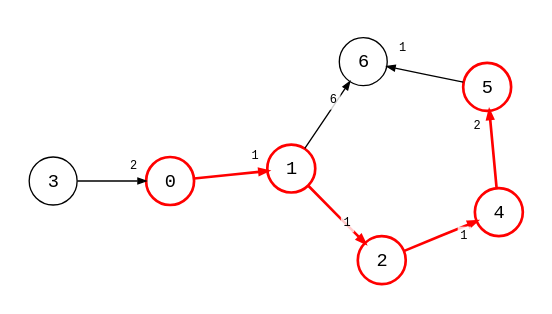
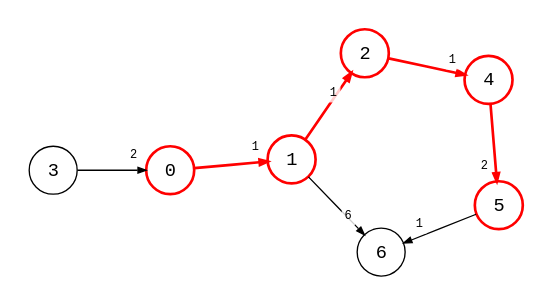
One commit to bsdrks/graaf-images changed the diagram in src/dijkstra_pred_shortest_path_1-0.94.1.dot. Above: the diagram before and after it, drawn with Graphviz. The commit also changed 39 other files, not shown here.

```diff
--- a/src/dijkstra_pred_shortest_path_1-0.94.1.dot
+++ b/src/dijkstra_pred_shortest_path_1-0.94.1.dot
@@ -1,175 +1,174 @@
 digraph {
     node [shape=circle, fontname=monospace, fixedsize=true, width=0.5];
     edge [arrowsize=0.6, fontname=monospace, fontsize=9];
     color=black;
     fontcolor=black;
     bgcolor=white;
     layout=neato;
     scale=1.2;
     mode=sgd;
     normalize=true;
     maxiter=100000;
     pad=0.2;
 
-    3 [color="#bbb", fontcolor="#bbb"];
+    3, 6 [color="#bbb", fontcolor="#bbb"];
     0, 1, 2, 4, 5 [style=bold, color=red];
-    6 [color="#bbb", fontcolor="#bbb", style=normal];
 
     0 [
         label=<
             <table border="0">
                 <tr>
                     <td>0</td>
                 </tr>
             </table>
         >;
         color=red;
         style=bold
     ];
 
     1 [
         label=<
             <table border="0">
                 <tr>
                     <td>1</td>
                 </tr>
             </table>
         >;
         color=red;
         style=bold
     ];
 
     2 [
         label=<
             <table border="0">
                 <tr>
                     <td>2</td>
                 </tr>
             </table>
         >;
     ];
 
     3 [
         label=<
             <table border="0">
                 <tr>
                     <td>3</td>
                 </tr>
             </table>
         >;
     ];
 
     4 [
         label=<
             <table border="0">
                 <tr>
                     <td>4</td>
                 </tr>
             </table>
         >;
     ];
 
     5 [
         label=<
             <table border="0">
                 <tr>
                     <td>5</td>
                 </tr>
             </table>
         >;
     ];
 
     6 [
         label=<
             <table border="0">
                 <tr>
                     <td>6</td>
                 </tr>
             </table>
         >;
     ];
 
     0 -> 1 [
         color=red;
         style=bold;
         headlabel=<
             <table border="0" cellpadding="2" cellspacing="4">
                 <tr>
                     <td bgcolor="#ffffffcc">1</td>
                 </tr>
             </table>
         >
     ];
 
     1 -> 2 [
         style=bold; 
         color=red; 
         headlabel=<
             <table border="0" cellpadding="2" cellspacing="8">
                 <tr>
                     <td bgcolor="#ffffffcc">1</td>
                 </tr>
             </table>
         >
     ];
 
     1 -> 6 [
         color="#bbb";
         fontcolor="#bbb";
         headlabel=<
             <table border="0" cellpadding="2" cellspacing="7">
                 <tr>
                     <td bgcolor="#ffffffcc">6</td>
                 </tr>
             </table>
         >
     ];
 
     2 -> 4 [
         style=bold; 
         color=red; 
         headlabel=<
             <table border="0" cellpadding="2" cellspacing="4">
                 <tr>
                     <td bgcolor="#ffffffcc">1</td>
                 </tr>
             </table>
         >
     ];
 
     3 -> 0 [
         color="#bbb";
         fontcolor="#bbb";
         headlabel=<
             <table border="0" cellpadding="2" cellspacing="4">
                 <tr>
                     <td bgcolor="#ffffffcc">2</td>
                 </tr>
             </table>
         >
     ];
 
     4 -> 5 [
         style=bold; 
         color=red; 
         headlabel=<
             <table border="0" cellpadding="2" cellspacing="4">
                 <tr>
                     <td bgcolor="#ffffffcc">2</td>
                 </tr>
             </table>
         >
     ];
 
     5 -> 6 [
         color="#bbb";
         fontcolor="#bbb";
         headlabel=<
             <table border="0" cellpadding="2" cellspacing="7">
                 <tr>
                     <td bgcolor="#ffffffcc">1</td>
                 </tr>
             </table>
         >
     ];
 }
```
